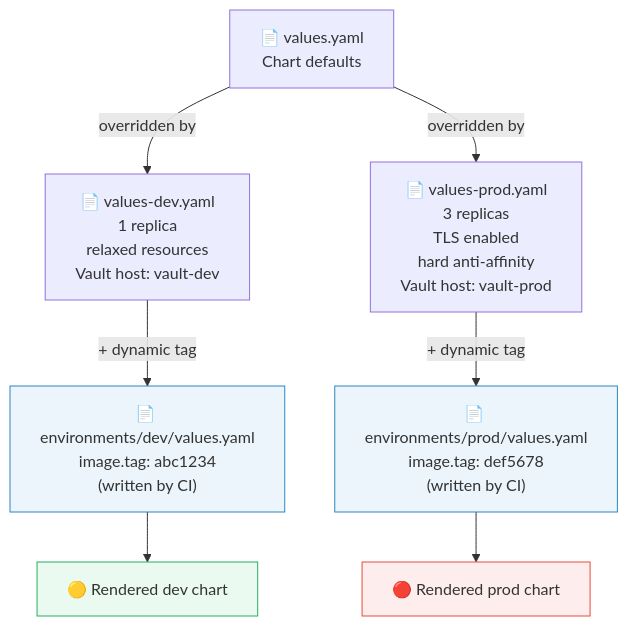
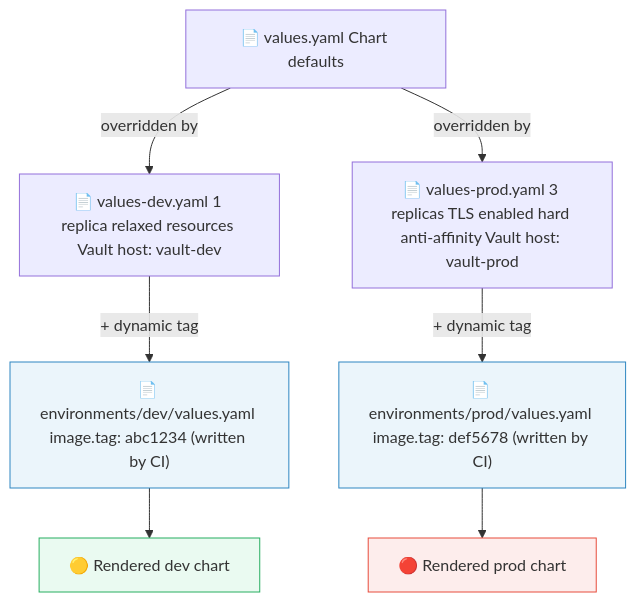
One commit to Samlogy/ebank-app changed diagram 29 of 34 in ebank-monolith/doc/KNOWLEDGE_BASE.md. Above: the diagram before and after it, drawn with Mermaid. The commit also changed other lines of this file and 3 other files, not shown here.

````diff
--- a/ebank-monolith/doc/KNOWLEDGE_BASE.md
+++ b/ebank-monolith/doc/KNOWLEDGE_BASE.md
@@ -902,21 +902,21 @@
 ```mermaid
 graph TD
-    V1["📄 values.yaml\nChart defaults"]
-    V2["📄 values-dev.yaml\n1 replica\nrelaxed resources\nVault host: vault-dev"]
-    V3["📄 values-prod.yaml\n3 replicas\nTLS enabled\nhard anti-affinity\nVault host: vault-prod"]
-    V4["📄 environments/dev/values.yaml\nimage.tag: abc1234\n(written by CI)"]
-    V5["📄 environments/prod/values.yaml\nimage.tag: def5678\n(written by CI)"]
+    V1["📄 values.yaml Chart defaults"]
+    V2["📄 values-dev.yaml 1 replica relaxed resources Vault host: vault-dev"]
+    V3["📄 values-prod.yaml 3 replicas TLS enabled hard anti-affinity Vault host: vault-prod"]
+    V4["📄 environments/dev/values.yaml image.tag: abc1234 (written by CI)"]
+    V5["📄 environments/prod/values.yaml image.tag: def5678 (written by CI)"]
 
     V1 -->|"overridden by"| V2
     V1 -->|"overridden by"| V3
     V2 -->|"+ dynamic tag"| V4
     V3 -->|"+ dynamic tag"| V5
 
     V4 --> RDEV["🟡 Rendered dev chart"]
     V5 --> RPROD["🔴 Rendered prod chart"]
 
     style V4 fill:#EBF5FB,stroke:#2E86C1
     style V5 fill:#EBF5FB,stroke:#2E86C1
     style RDEV fill:#EAFAF1,stroke:#27AE60
     style RPROD fill:#FDEDEC,stroke:#E74C3C
 ```
````
